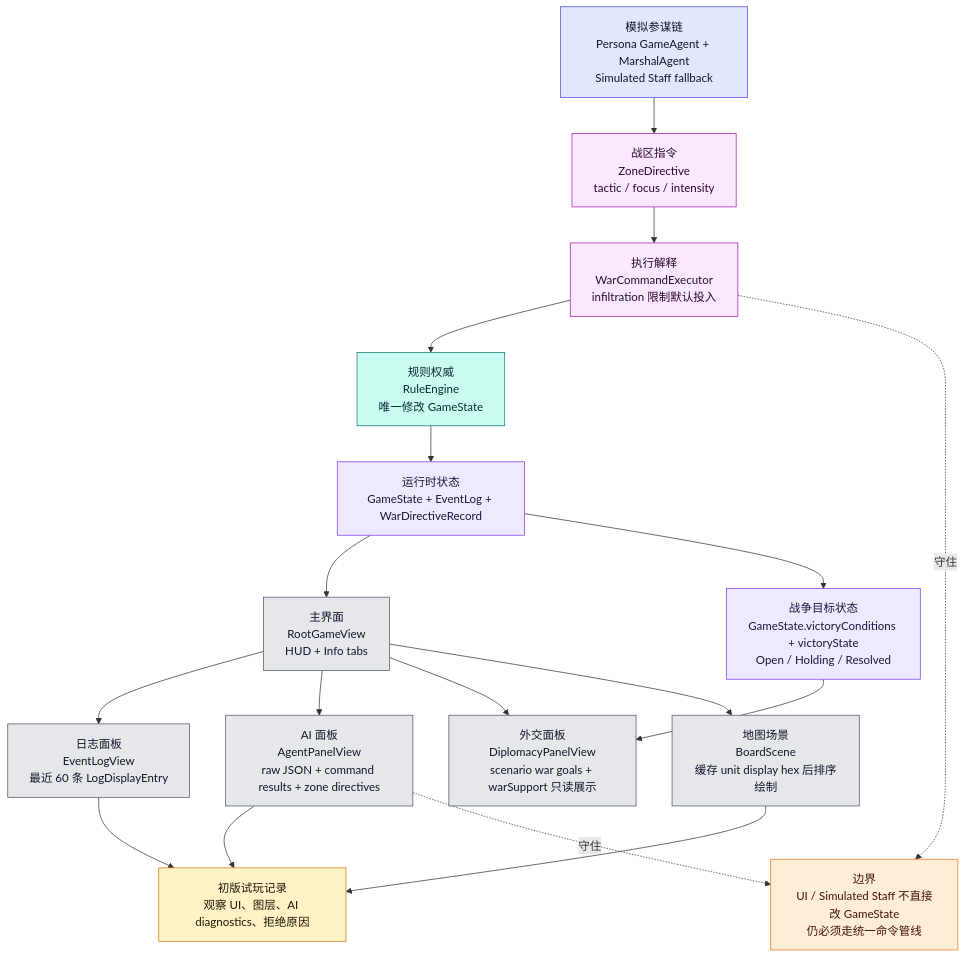
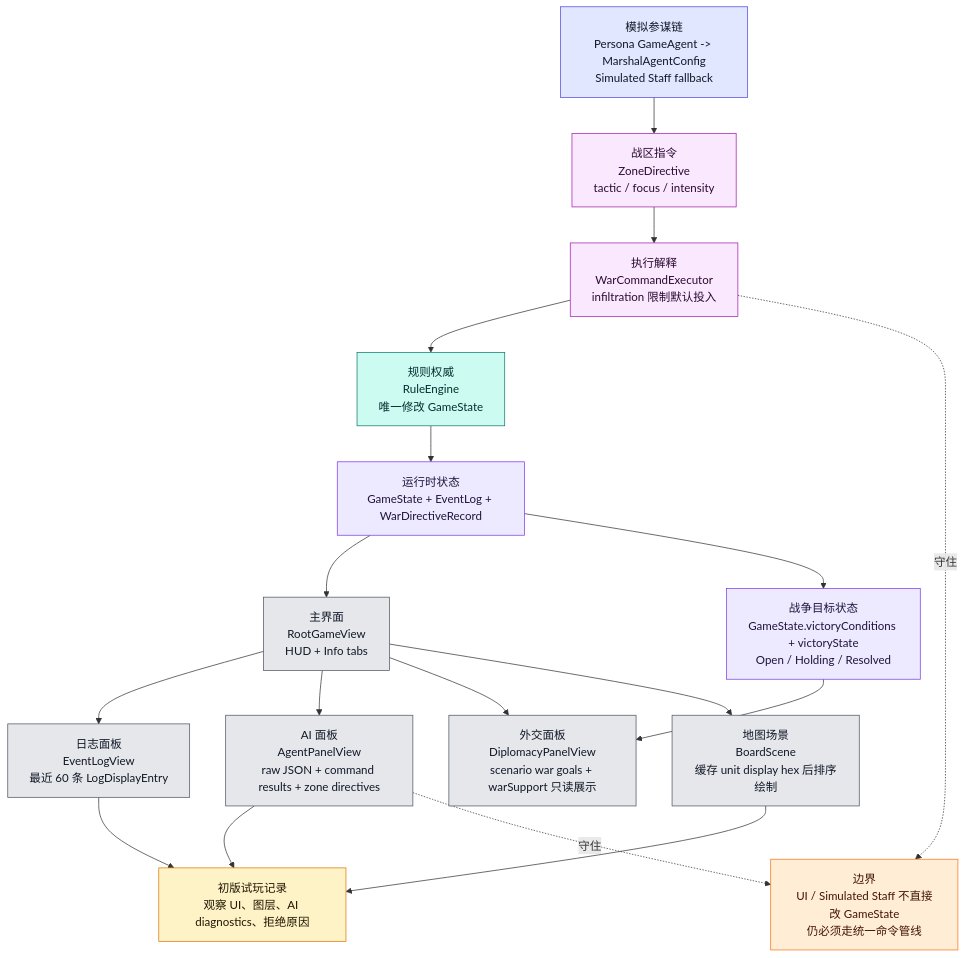
The eighth of 9 diagrams in md/flow/flowchart.md (Altman-sam114/126), drawn with Mermaid before and after one commit. The commit also changed 6 other files, not shown here.

````diff
--- a/md/flow/flowchart.md
+++ b/md/flow/flowchart.md
@@ -423,38 +423,38 @@
 ```mermaid
 flowchart TD
     STATE["运行时状态<br/>GameState + EventLog + WarDirectiveRecord"]:::state
     ROOT["主界面<br/>RootGameView<br/>HUD + Info tabs"]:::ui
     LOG["日志面板<br/>EventLogView<br/>最近 60 条 LogDisplayEntry"]:::ui
     AIUI["AI 面板<br/>AgentPanelView<br/>raw JSON + command results + zone directives"]:::ui
     DIPUI["外交面板<br/>DiplomacyPanelView<br/>scenario war goals + warSupport 只读展示"]:::ui
     GOALS["战争目标状态<br/>GameState.victoryConditions + victoryState<br/>Open / Holding / Resolved"]:::state
     BOARD["地图场景<br/>BoardScene<br/>缓存 unit display hex 后排序绘制"]:::ui
-    MARSHAL["模拟参谋链<br/>Persona GameAgent + MarshalAgent<br/>Simulated Staff fallback"]:::ai
+    MARSHAL["模拟参谋链<br/>Persona GameAgent -> MarshalAgentConfig<br/>Simulated Staff fallback"]:::ai
     ZD["战区指令<br/>ZoneDirective<br/>tactic / focus / intensity"]:::command
     WCE["执行解释<br/>WarCommandExecutor<br/>infiltration 限制默认投入"]:::command
     RULE["规则权威<br/>RuleEngine<br/>唯一修改 GameState"]:::rules
     PLAYTEST["初版试玩记录<br/>观察 UI、图层、AI diagnostics、拒绝原因"]:::doc
 
     STATE --> ROOT
     ROOT --> LOG
     ROOT --> AIUI
     ROOT --> DIPUI
     ROOT --> BOARD
     STATE --> GOALS --> DIPUI
     MARSHAL --> ZD --> WCE --> RULE --> STATE
     AIUI --> PLAYTEST
     LOG --> PLAYTEST
     BOARD --> PLAYTEST
 
     WARN["边界<br/>UI / Simulated Staff 不直接改 GameState<br/>仍必须走统一命令管线"]:::warn
     AIUI -.守住.-> WARN
     WCE -.守住.-> WARN
 
     classDef state fill:#ede9fe,stroke:#7c3aed,color:#1f143d
     classDef ui fill:#e5e7eb,stroke:#4b5563,color:#111827
     classDef ai fill:#e0e7ff,stroke:#4f46e5,color:#111827
     classDef command fill:#fae8ff,stroke:#a21caf,color:#2a0a2f
     classDef rules fill:#ccfbf1,stroke:#0f766e,color:#042f2e
     classDef doc fill:#fef3c7,stroke:#d97706,color:#1f1600
     classDef warn fill:#ffedd5,stroke:#f97316,color:#431407
 ```
````
